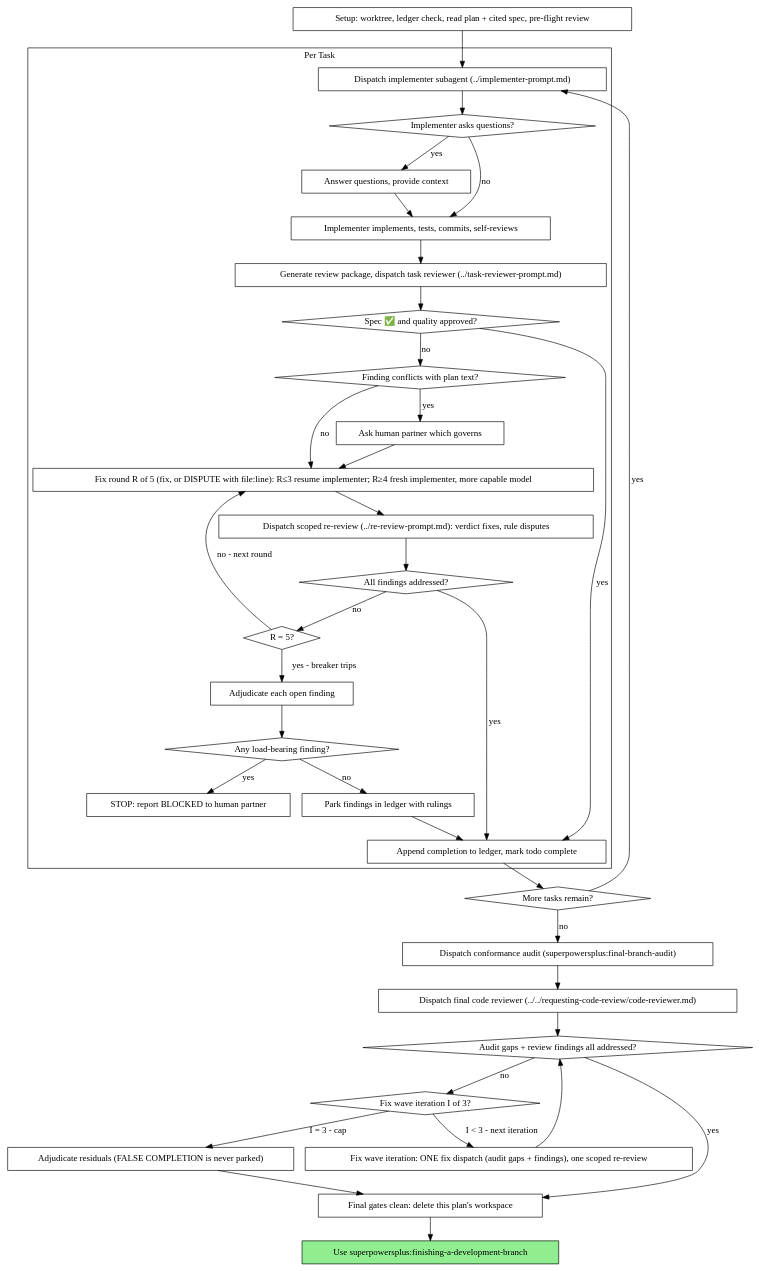
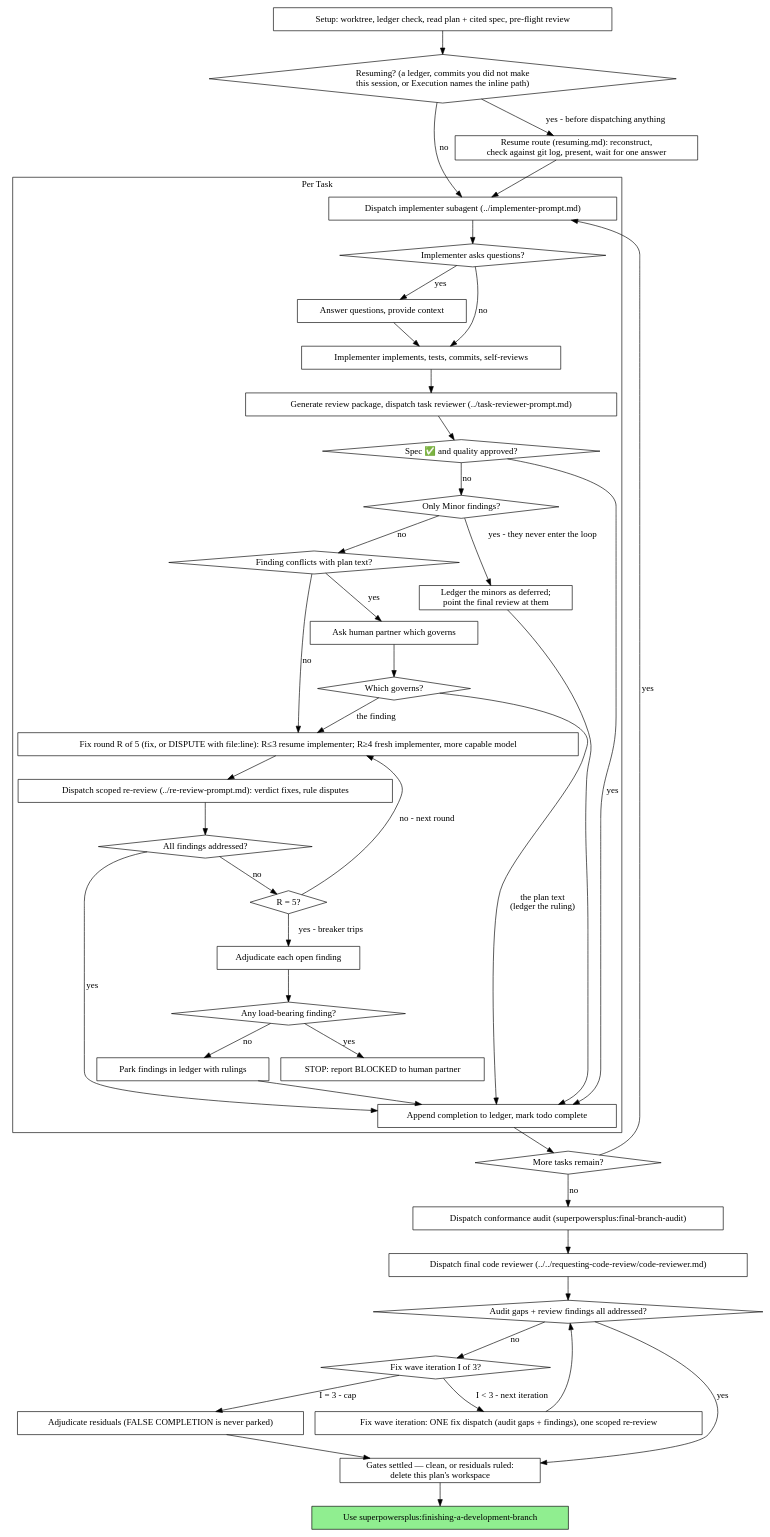
Before and after one commit to rodrigopaitach/superpowersplus: the diagram in skills/subagent-driven-development/references/process-graph.md, drawn with Graphviz. The commit also changed other lines of this file and 2 other files, not shown here.

Commit message:
fix(graphs): texto e grafo dizem o mesmo
Claude-Session: https://claude.ai/code/session_01YAJMSaJp3zi8VH3cuCpwjG

````diff
--- a/skills/subagent-driven-development/references/process-graph.md
+++ b/skills/subagent-driven-development/references/process-graph.md
@@ -20,8 +26,11 @@
         "Implementer implements, tests, commits, self-reviews" [shape=box];
         "Generate review package, dispatch task reviewer (../task-reviewer-prompt.md)" [shape=box];
         "Spec ✅ and quality approved?" [shape=diamond];
+        "Only Minor findings?" [shape=diamond];
+        "Ledger the minors as deferred;\npoint the final review at them" [shape=box];
         "Finding conflicts with plan text?" [shape=diamond];
         "Ask human partner which governs" [shape=box];
+        "Which governs?" [shape=diamond];
         "Fix round R of 5 (fix, or DISPUTE with file:line): R≤3 resume implementer; R≥4 fresh implementer, more capable model" [shape=box];
         "Dispatch scoped re-review (../re-review-prompt.md): verdict fixes, rule disputes" [shape=box];
         "All findings addressed?" [shape=diamond];
@@ -34,6 +43,8 @@
     }
 
     "Setup: worktree, ledger check, read plan + cited spec, pre-flight review" [shape=box];
+    "Resuming? (a ledger, commits you did not make\nthis session, or Execution names the inline path)" [shape=diamond];
+    "Resume route (resuming.md): reconstruct,\ncheck against git log, present, wait for one answer" [shape=box];
     "More tasks remain?" [shape=diamond];
     "Dispatch conformance audit (superpowersplus:final-branch-audit)" [shape=box];
     "Dispatch final code reviewer (../../requesting-code-review/code-reviewer.md)" [shape=box];
@@ -41,10 +52,13 @@
     "Fix wave iteration I of 3?" [shape=diamond];
     "Fix wave iteration: ONE fix dispatch (audit gaps + findings), one scoped re-review" [shape=box];
     "Adjudicate residuals (FALSE COMPLETION is never parked)" [shape=box];
-    "Final gates clean: delete this plan's workspace" [shape=box];
+    "Gates settled — clean, or residuals ruled:\ndelete this plan's workspace" [shape=box];
     "Use superpowersplus:finishing-a-development-branch" [shape=box style=filled fillcolor=lightgreen];
 
-    "Setup: worktree, ledger check, read plan + cited spec, pre-flight review" -> "Dispatch implementer subagent (../implementer-prompt.md)";
+    "Setup: worktree, ledger check, read plan + cited spec, pre-flight review" -> "Resuming? (a ledger, commits you did not make\nthis session, or Execution names the inline path)";
+    "Resuming? (a ledger, commits you did not make\nthis session, or Execution names the inline path)" -> "Resume route (resuming.md): reconstruct,\ncheck against git log, present, wait for one answer" [label="yes - before dispatching anything"];
+    "Resume route (resuming.md): reconstruct,\ncheck against git log, present, wait for one answer" -> "Dispatch implementer subagent (../implementer-prompt.md)";
+    "Resuming? (a ledger, commits you did not make\nthis session, or Execution names the inline path)" -> "Dispatch implementer subagent (../implementer-prompt.md)" [label="no"];
     "Dispatch implementer subagent (../implementer-prompt.md)" -> "Implementer asks questions?";
     "Implementer asks questions?" -> "Answer questions, provide context" [label="yes"];
     "Answer questions, provide context" -> "Implementer implements, tests, commits, self-reviews";
@@ -52,9 +66,14 @@
     "Implementer implements, tests, commits, self-reviews" -> "Generate review package, dispatch task reviewer (../task-reviewer-prompt.md)";
     "Generate review package, dispatch task reviewer (../task-reviewer-prompt.md)" -> "Spec ✅ and quality approved?";
     "Spec ✅ and quality approved?" -> "Append completion to ledger, mark todo complete" [label="yes"];
-    "Spec ✅ and quality approved?" -> "Finding conflicts with plan text?" [label="no"];
+    "Spec ✅ and quality approved?" -> "Only Minor findings?" [label="no"];
+    "Only Minor findings?" -> "Ledger the minors as deferred;\npoint the final review at them" [label="yes - they never enter the loop"];
+    "Ledger the minors as deferred;\npoint the final review at them" -> "Append completion to ledger, mark todo complete";
+    "Only Minor findings?" -> "Finding conflicts with plan text?" [label="no"];
     "Finding conflicts with plan text?" -> "Ask human partner which governs" [label="yes"];
-    "Ask human partner which governs" -> "Fix round R of 5 (fix, or DISPUTE with file:line): R≤3 resume implementer; R≥4 fresh implementer, more capable model";
+    "Ask human partner which governs" -> "Which governs?";
+    "Which governs?" -> "Fix round R of 5 (fix, or DISPUTE with file:line): R≤3 resume implementer; R≥4 fresh implementer, more capable model" [label="the finding"];
+    "Which governs?" -> "Append completion to ledger, mark todo complete" [label="the plan text\n(ledger the ruling)"];
     "Finding conflicts with plan text?" -> "Fix round R of 5 (fix, or DISPUTE with file:line): R≤3 resume implementer; R≥4 fresh implementer, more capable model" [label="no"];
     "Fix round R of 5 (fix, or DISPUTE with file:line): R≤3 resume implementer; R≥4 fresh implementer, more capable model" -> "Dispatch scoped re-review (../re-review-prompt.md): verdict fixes, rule disputes";
     "Dispatch scoped re-review (../re-review-prompt.md): verdict fixes, rule disputes" -> "All findings addressed?";
@@ -71,12 +90,12 @@
     "More tasks remain?" -> "Dispatch conformance audit (superpowersplus:final-branch-audit)" [label="no"];
     "Dispatch conformance audit (superpowersplus:final-branch-audit)" -> "Dispatch final code reviewer (../../requesting-code-review/code-reviewer.md)";
     "Dispatch final code reviewer (../../requesting-code-review/code-reviewer.md)" -> "Audit gaps + review findings all addressed?";
-    "Audit gaps + review findings all addressed?" -> "Final gates clean: delete this plan's workspace" [label="yes"];
+    "Audit gaps + review findings all addressed?" -> "Gates settled — clean, or residuals ruled:\ndelete this plan's workspace" [label="yes"];
     "Audit gaps + review findings all addressed?" -> "Fix wave iteration I of 3?" [label="no"];
     "Fix wave iteration I of 3?" -> "Fix wave iteration: ONE fix dispatch (audit gaps + findings), one scoped re-review" [label="I < 3 - next iteration"];
     "Fix wave iteration I of 3?" -> "Adjudicate residuals (FALSE COMPLETION is never parked)" [label="I = 3 - cap"];
     "Fix wave iteration: ONE fix dispatch (audit gaps + findings), one scoped re-review" -> "Audit gaps + review findings all addressed?";
-    "Adjudicate residuals (FALSE COMPLETION is never parked)" -> "Final gates clean: delete this plan's workspace";
-    "Final gates clean: delete this plan's workspace" -> "Use superpowersplus:finishing-a-development-branch";
+    "Adjudicate residuals (FALSE COMPLETION is never parked)" -> "Gates settled — clean, or residuals ruled:\ndelete this plan's workspace";
+    "Gates settled — clean, or residuals ruled:\ndelete this plan's workspace" -> "Use superpowersplus:finishing-a-development-branch";
 }
 ```
````
